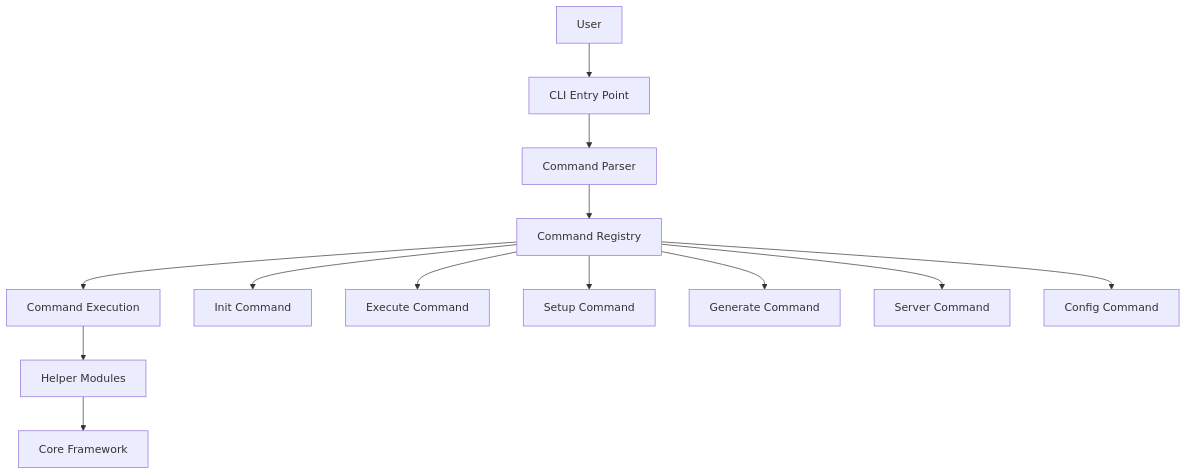
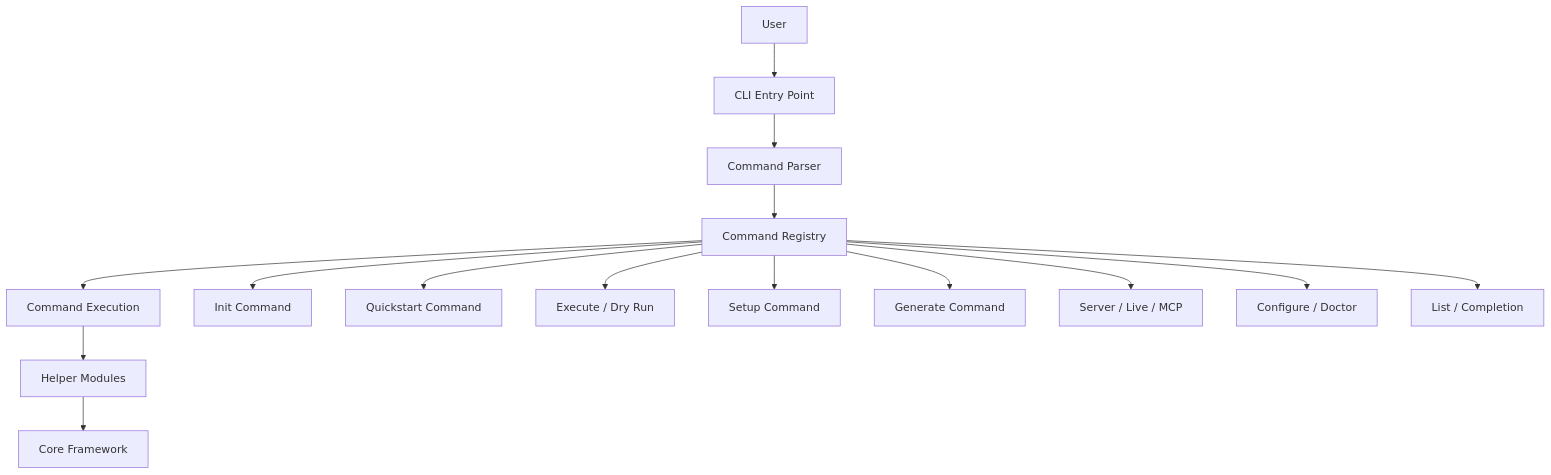
One commit to mozarkai/optics-framework changed the first of 4 diagrams in docs/architecture/cli_layer.md. Above: the diagram before and after it, drawn with Mermaid. The commit also changed other lines of this file, not shown here.

First line of the commit message:
docs: bring CLI layer architecture in line with the current commands

````diff
--- a/docs/architecture/cli_layer.md
+++ b/docs/architecture/cli_layer.md
@@ -18,16 +20,18 @@
 ```mermaid
 graph TB
     A[User] --> B[CLI Entry Point]
     B --> C[Command Parser]
     C --> D[Command Registry]
     D --> E[Command Execution]
     E --> F[Helper Modules]
     F --> G[Core Framework]
 
     D --> H[Init Command]
-    D --> I[Execute Command]
-    D --> J[Setup Command]
-    D --> K[Generate Command]
-    D --> L[Server Command]
-    D --> M[Config Command]
+    D --> I[Quickstart Command]
+    D --> J[Execute / Dry Run]
+    D --> K[Setup Command]
+    D --> L[Generate Command]
+    D --> M[Server / Live / MCP]
+    D --> N[Configure / Doctor]
+    D --> O[List / Completion]
 ```
````
